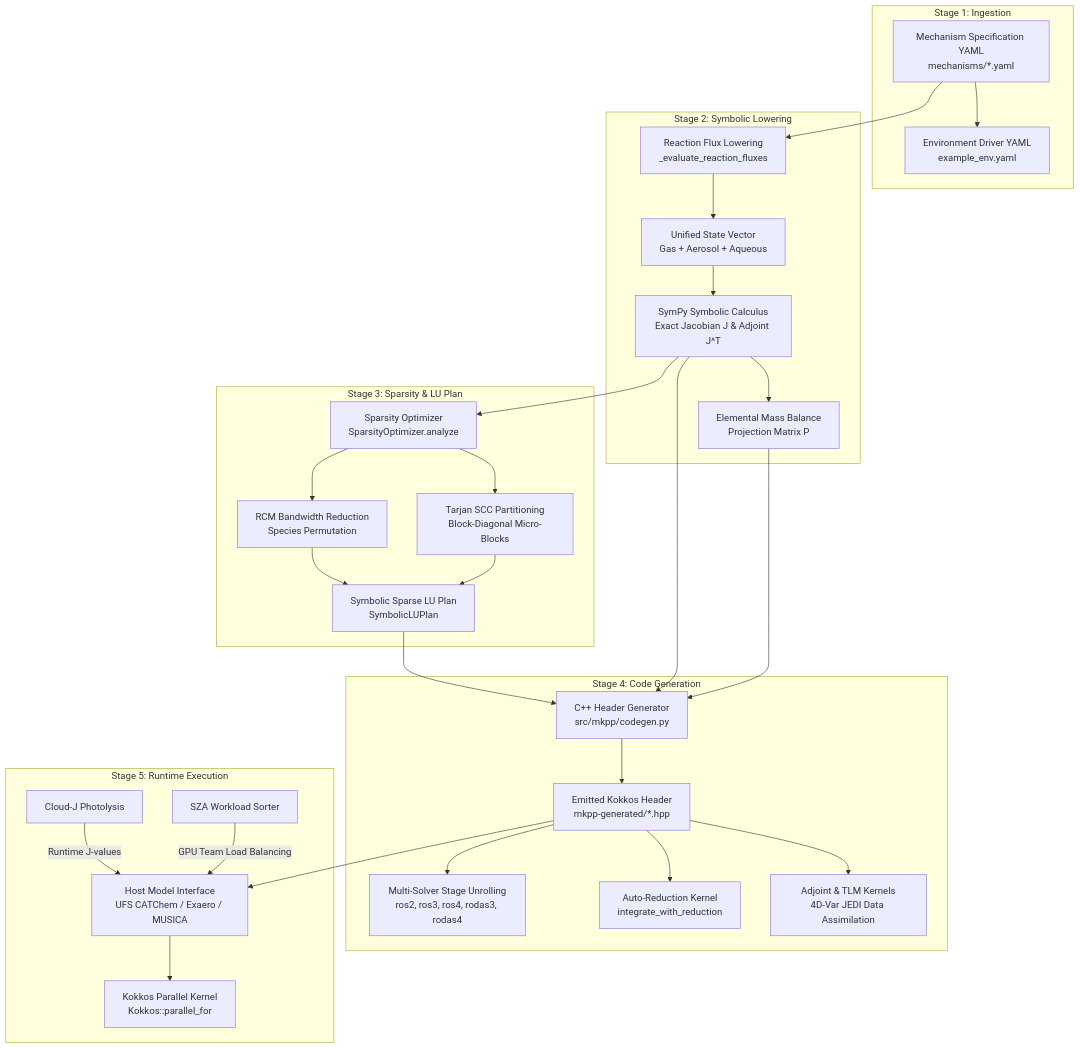
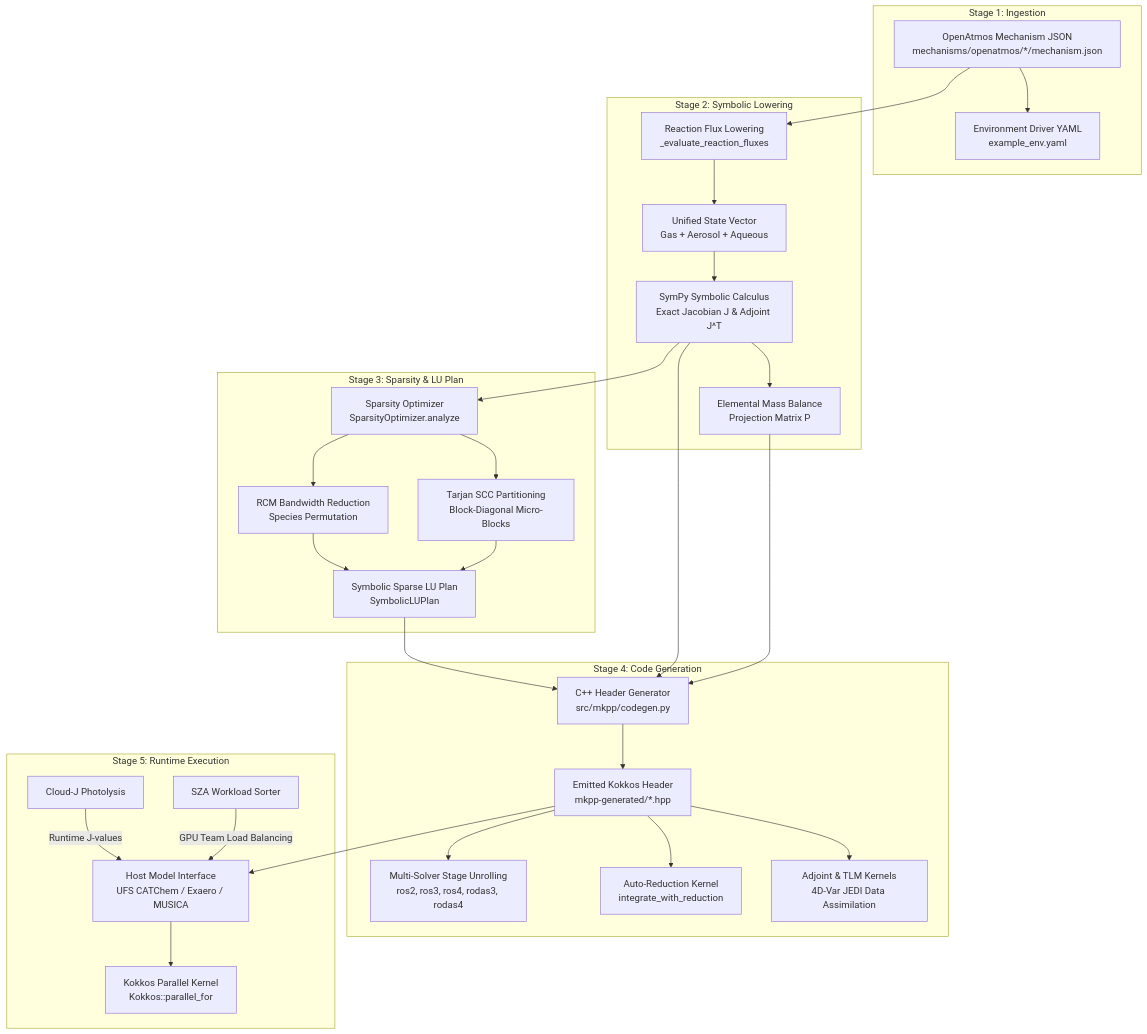
Before and after one commit to bbakernoaa/MKPP: the diagram in docs/explanation/mkpp-end-to-end-architecture.md, drawn with Mermaid. The commit also changed other lines of this file and 200 other files, not shown here.

````diff
--- a/docs/explanation/mkpp-end-to-end-architecture.md
+++ b/docs/explanation/mkpp-end-to-end-architecture.md
@@ -24,35 +24,35 @@
 ```mermaid
 flowchart TD
     subgraph Stage 1: Ingestion
-        A[Mechanism Specification YAML\nmechanisms/*.yaml] --> B[Environment Driver YAML\nexample_env.yaml]
+        A[OpenAtmos Mechanism JSON\nmechanisms/openatmos/*/mechanism.json] --> B[Environment Driver YAML\nexample_env.yaml]
     end
 
     subgraph Stage 2: Symbolic Lowering
         A --> E[Reaction Flux Lowering\n_evaluate_reaction_fluxes]
         E --> F[Unified State Vector\nGas + Aerosol + Aqueous]
         F --> G[SymPy Symbolic Calculus\nExact Jacobian J & Adjoint J^T]
         G --> H[Elemental Mass Balance\nProjection Matrix P]
     end
 
     subgraph Stage 3: Sparsity & LU Plan
         G --> I[Sparsity Optimizer\nSparsityOptimizer.analyze]
         I --> J[RCM Bandwidth Reduction\nSpecies Permutation]
         I --> K[Tarjan SCC Partitioning\nBlock-Diagonal Micro-Blocks]
         J & K --> L[Symbolic Sparse LU Plan\nSymbolicLUPlan]
     end
 
     subgraph Stage 4: Code Generation
         L & G & H --> M[C++ Header Generator\nsrc/mkpp/codegen.py]
         M --> N[Emitted Kokkos Header\nmkpp-generated/*.hpp]
         N --> O[Multi-Solver Stage Unrolling\nros2, ros3, ros4, rodas3, rodas4]
         N --> P[Auto-Reduction Kernel\nintegrate_with_reduction]
         N --> Q[Adjoint & TLM Kernels\n4D-Var JEDI Data Assimilation]
     end
 
     subgraph Stage 5: Runtime Execution
         N --> R[Host Model Interface\nUFS CATChem / Exaero / MUSICA]
         S[Cloud-J Photolysis] -->|Runtime J-values| R
         T[SZA Workload Sorter] -->|GPU Team Load Balancing| R
         R --> U[Kokkos Parallel Kernel\nKokkos::parallel_for]
     end
 ```
````
